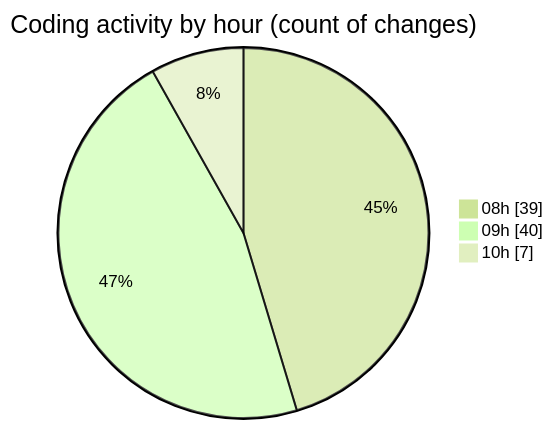
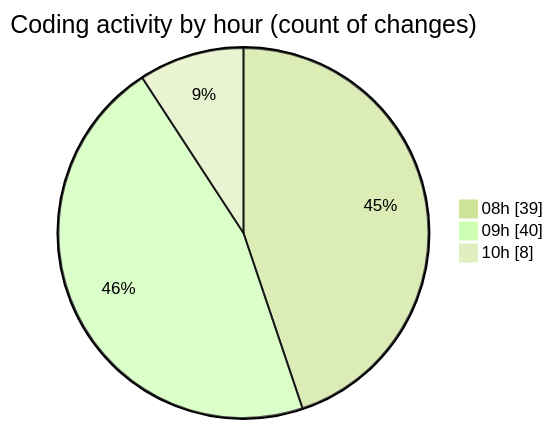
The second of 2 diagrams in 2025-05-16/ecodeli-1/README.md (CELIANVF/code-tracking), drawn with Mermaid (forest theme) before and after one commit. The commit also changed other lines of this file and 1 other file, not shown here.

````diff
--- a/2025-05-16/ecodeli-1/README.md
+++ b/2025-05-16/ecodeli-1/README.md
@@ -59,7 +60,7 @@
 ```mermaid
 pie showData
 title Coding activity by hour (count of changes)
 "08h" : 39
 "09h" : 40
-"10h" : 7
+"10h" : 8
 ```
````
